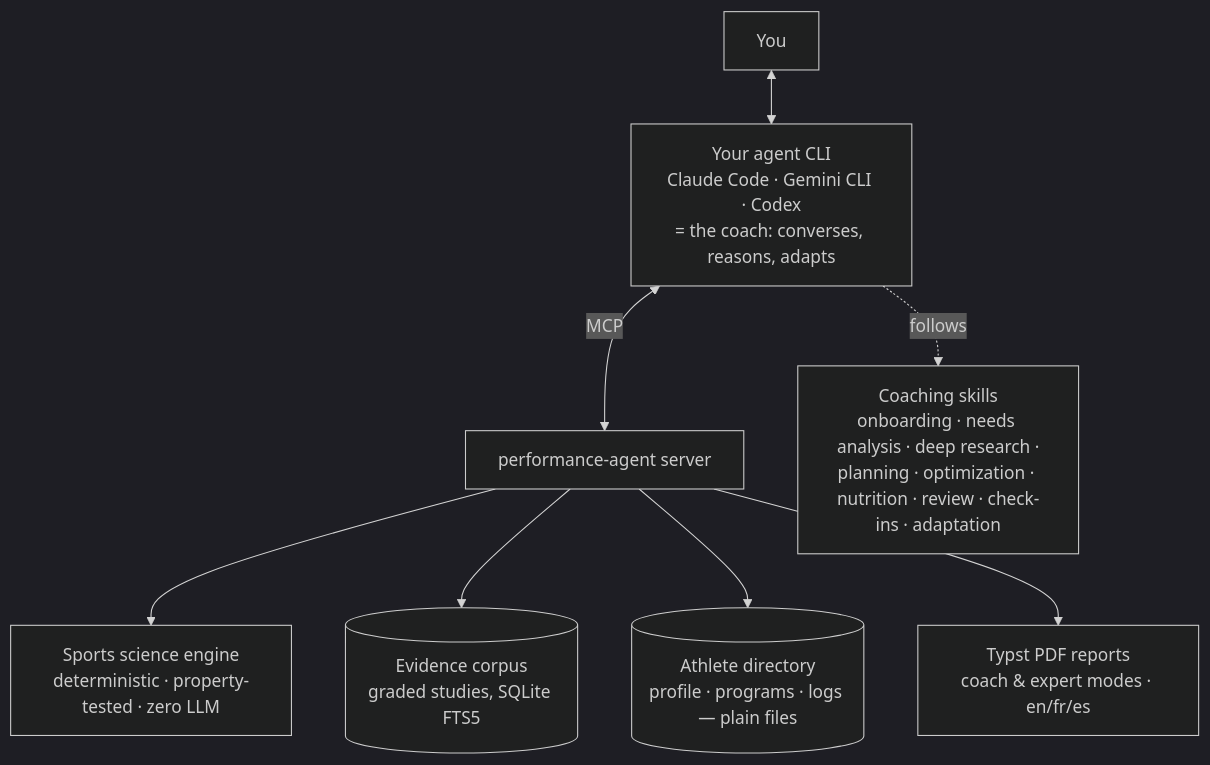
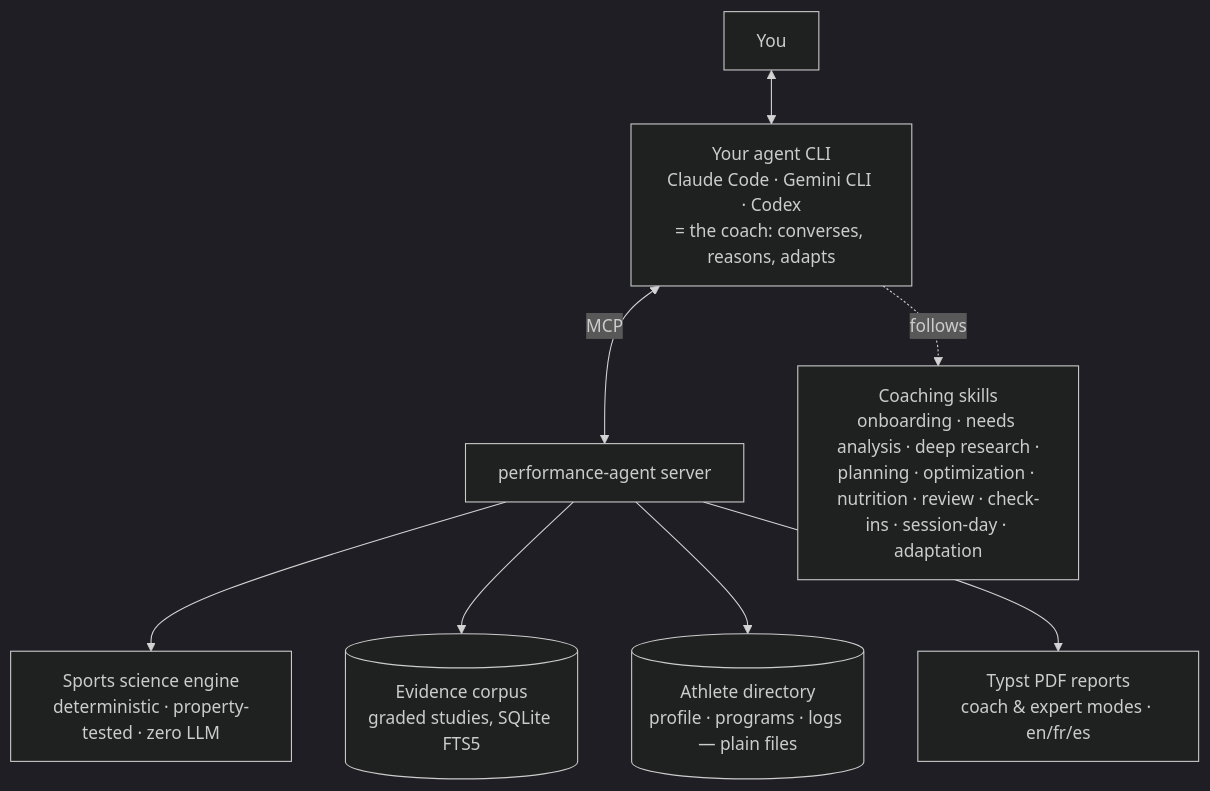
The diagram in README.md (clementrx/Performance-agent), drawn with Mermaid (dark theme) before and after one commit. The commit also changed other lines of this file and 19 other files, not shown here.

First line of the commit message:
Phase 3: day-of session autoregulation

````diff
--- a/README.md
+++ b/README.md
@@ -228,11 +228,11 @@
 ```mermaid
 flowchart TB
     U[You] <--> H[Your agent CLI<br/>Claude Code · Gemini CLI · Codex<br/>= the coach: converses, reasons, adapts]
     H <-->|MCP| S[performance-agent server]
     H -.follows.-> SK[Coaching skills<br/>onboarding · needs analysis · deep research ·
-planning · optimization · nutrition · review · check-ins · adaptation]
+planning · optimization · nutrition · review · check-ins · session-day · adaptation]
     S --> E[Sports science engine<br/>deterministic · property-tested · zero LLM]
     S --> EV[(Evidence corpus<br/>graded studies, SQLite FTS5)]
     S --> M[(Athlete directory<br/>profile · programs · logs — plain files)]
     S --> R[Typst PDF reports<br/>coach & expert modes · en/fr/es]
 ```
````
